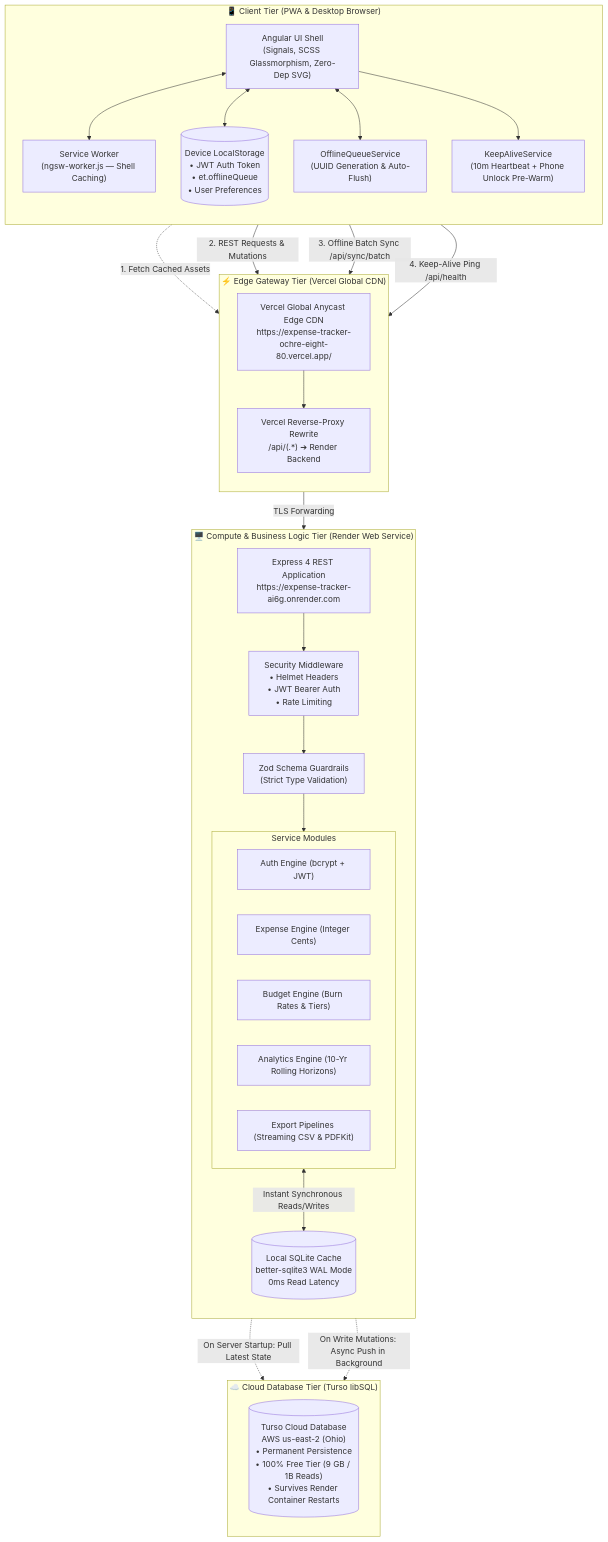
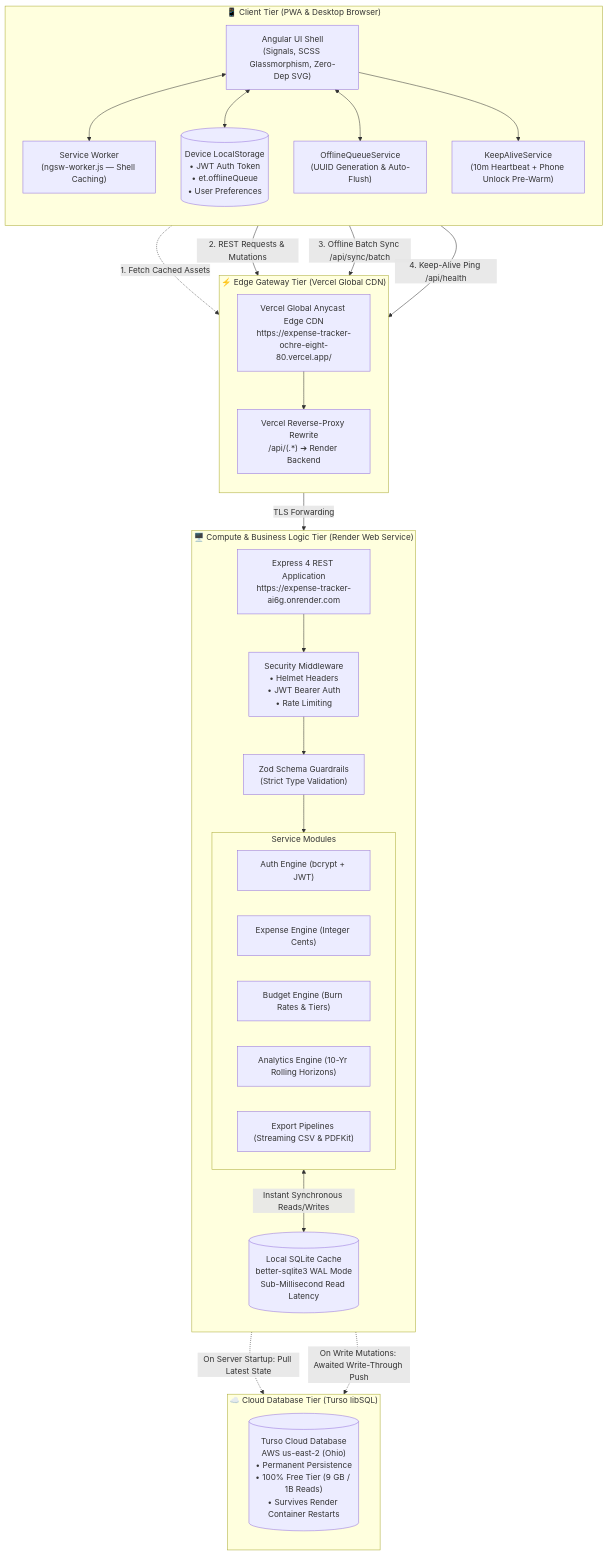
One commit to ravidaliparthy/Expense-Tracker changed the first of 2 diagrams in README.md. Above: the diagram before and after it, drawn with Mermaid. The commit also changed other lines of this file and 8 other files, not shown here.

````diff
--- a/README.md
+++ b/README.md
@@ -75,59 +75,59 @@
 ```mermaid
 flowchart TD
     subgraph CLIENT["📱 Client Tier (PWA & Desktop Browser)"]
         direction TB
         UI["Angular UI Shell<br/>(Signals, SCSS Glassmorphism, Zero-Dep SVG)"]
         SW["Service Worker<br/>(ngsw-worker.js — Shell Caching)"]
         LS[("Device LocalStorage<br/>• JWT Auth Token<br/>• et.offlineQueue<br/>• User Preferences")]
         OQS["OfflineQueueService<br/>(UUID Generation & Auto-Flush)"]
         KAS["KeepAliveService<br/>(10m Heartbeat + Phone Unlock Pre-Warm)"]
 
         UI <--> SW
         UI <--> LS
         UI <--> OQS
         UI --> KAS
     end
 
     subgraph EDGE["⚡ Edge Gateway Tier (Vercel Global CDN)"]
         direction TB
         V_CDN["Vercel Global Anycast Edge CDN<br/>https://expense-tracker-ochre-eight-80.vercel.app/"]
         V_PROXY["Vercel Reverse-Proxy Rewrite<br/>/api/(.*) ➔ Render Backend"]
         V_CDN --> V_PROXY
     end
 
     subgraph SERVER["🖥️ Compute & Business Logic Tier (Render Web Service)"]
         direction TB
         API["Express 4 REST Application<br/>https://expense-tracker-ai6g.onrender.com"]
         MW["Security Middleware<br/>• Helmet Headers<br/>• JWT Bearer Auth<br/>• Rate Limiting"]
         ZOD["Zod Schema Guardrails<br/>(Strict Type Validation)"]
 
         subgraph ENGINES["Service Modules"]
             AUTH["Auth Engine (bcrypt + JWT)"]
             EXP["Expense Engine (Integer Cents)"]
             BUD["Budget Engine (Burn Rates & Tiers)"]
             ANA["Analytics Engine (10-Yr Rolling Horizons)"]
             EXP_STR["Export Pipelines (Streaming CSV & PDFKit)"]
         end
 
-        LOCAL_SQLITE[("Local SQLite Cache<br/>better-sqlite3 WAL Mode<br/>0ms Read Latency")]
+        LOCAL_SQLITE[("Local SQLite Cache<br/>better-sqlite3 WAL Mode<br/>Sub-Millisecond Read Latency")]
 
         API --> MW --> ZOD --> ENGINES
         ENGINES <-->|Instant Synchronous Reads/Writes| LOCAL_SQLITE
     end
 
     subgraph CLOUD_DB["☁️ Cloud Database Tier (Turso libSQL)"]
         direction TB
         TURSO[("Turso Cloud Database<br/>AWS us-east-2 (Ohio)<br/>• Permanent Persistence<br/>• 100% Free Tier (9 GB / 1B Reads)<br/>• Survives Render Container Restarts")]
     end
 
     %% Network Connections
     SW -.->|1. Fetch Cached Assets| V_CDN
     UI -->|2. REST Requests & Mutations| V_PROXY
     OQS -->|3. Offline Batch Sync /api/sync/batch| V_PROXY
     KAS -->|4. Keep-Alive Ping /api/health| V_PROXY
     V_PROXY -->|TLS Forwarding| API
 
     %% Backend to Turso Sync Connections
     LOCAL_SQLITE -.->|On Server Startup: Pull Latest State| TURSO
-    ENGINES -.->|On Write Mutations: Async Push in Background| TURSO
+    ENGINES -.->|On Write Mutations: Awaited Write-Through Push| TURSO
 ```
````
